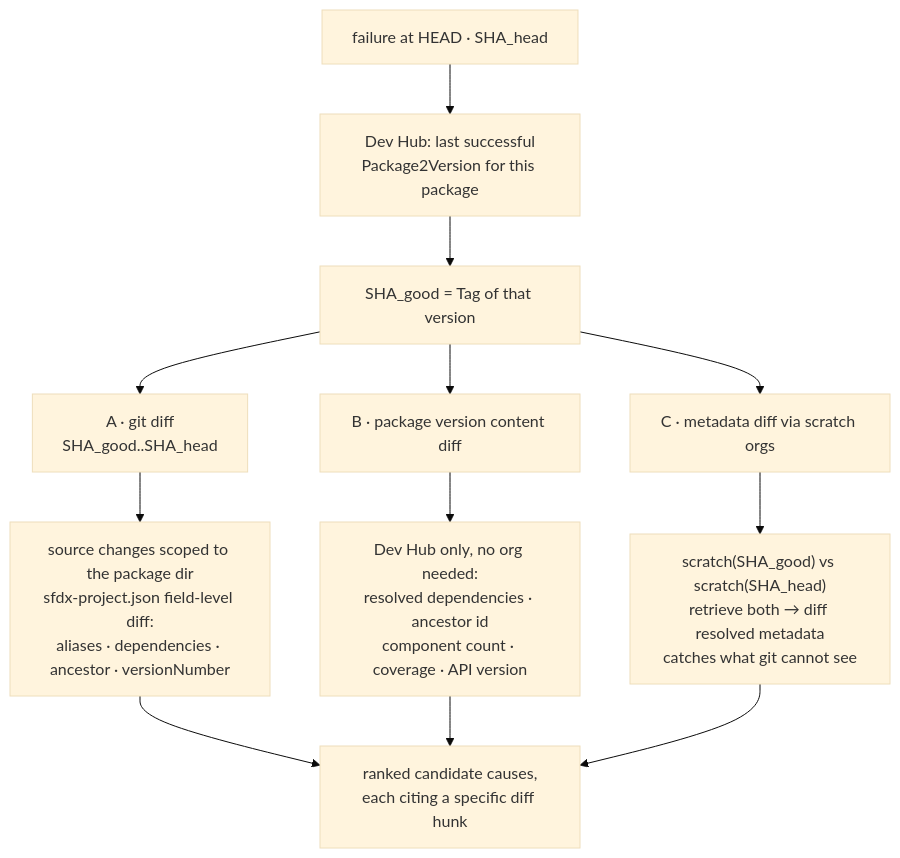
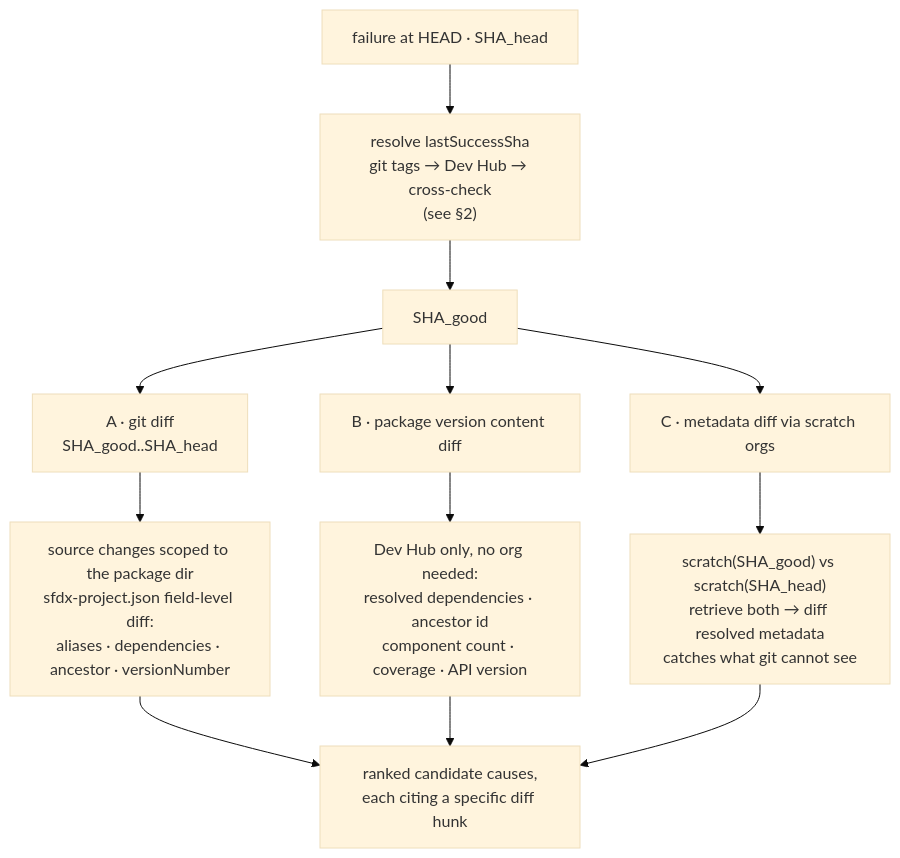
One commit to Gforce-Innovation-Kft/shared-github-actions changed the sixth of 10 diagrams in docs/superpowers/specs/2026-08-05-sf-selfheal-flow-design.md. Above: the diagram before and after it, drawn with Mermaid (base theme). The commit also changed other lines of this file and 1 other file, not shown here.

First line of the commit message:
Docs: bidirectional version correlation, derive workflow inputs

````diff
--- a/docs/superpowers/specs/2026-08-05-sf-selfheal-flow-design.md
+++ b/docs/superpowers/specs/2026-08-05-sf-selfheal-flow-design.md
@@ -169,17 +223,17 @@
 ```mermaid
 flowchart TB
-  S["failure at HEAD · SHA_head"] --> Q["Dev Hub: last successful<br/>Package2Version for this package"]
-  Q --> G["SHA_good = Tag of that version"]
+  S["failure at HEAD · SHA_head"] --> Q["resolve lastSuccessSha<br/>git tags → Dev Hub → cross-check<br/>(see §2)"]
+  Q --> G["SHA_good"]
 
   G --> A["A · git diff<br/>SHA_good..SHA_head"]
   G --> B["B · package version content diff"]
   G --> C["C · metadata diff via scratch orgs"]
 
   A --> A1["source changes scoped to the package dir<br/>sfdx-project.json field-level diff:<br/>aliases · dependencies · ancestor · versionNumber"]
   B --> B1["Dev Hub only, no org needed:<br/>resolved dependencies · ancestor id<br/>component count · coverage · API version"]
   C --> C1["scratch(SHA_good) vs scratch(SHA_head)<br/>retrieve both → diff resolved metadata<br/>catches what git cannot see"]
 
   A1 --> R["ranked candidate causes,<br/>each citing a specific diff hunk"]
   B1 --> R
   C1 --> R
 ```
````
